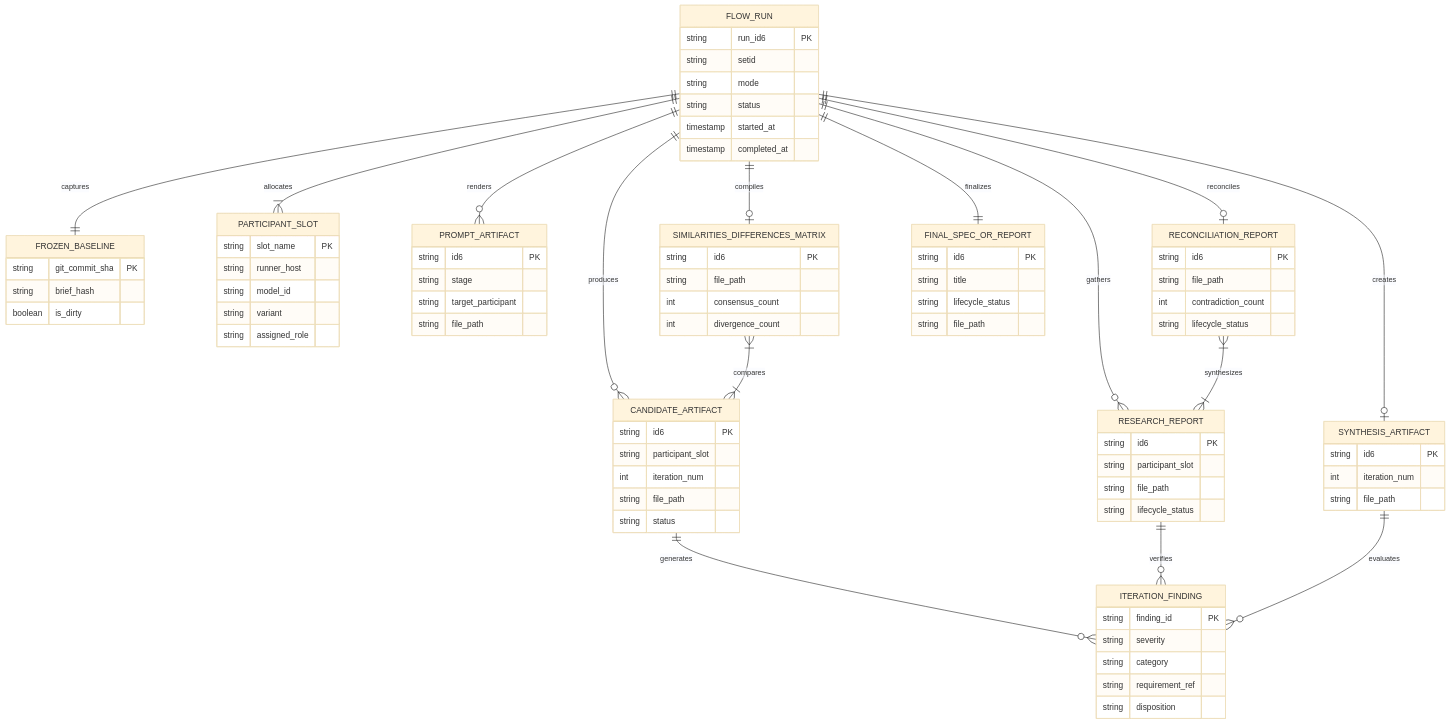
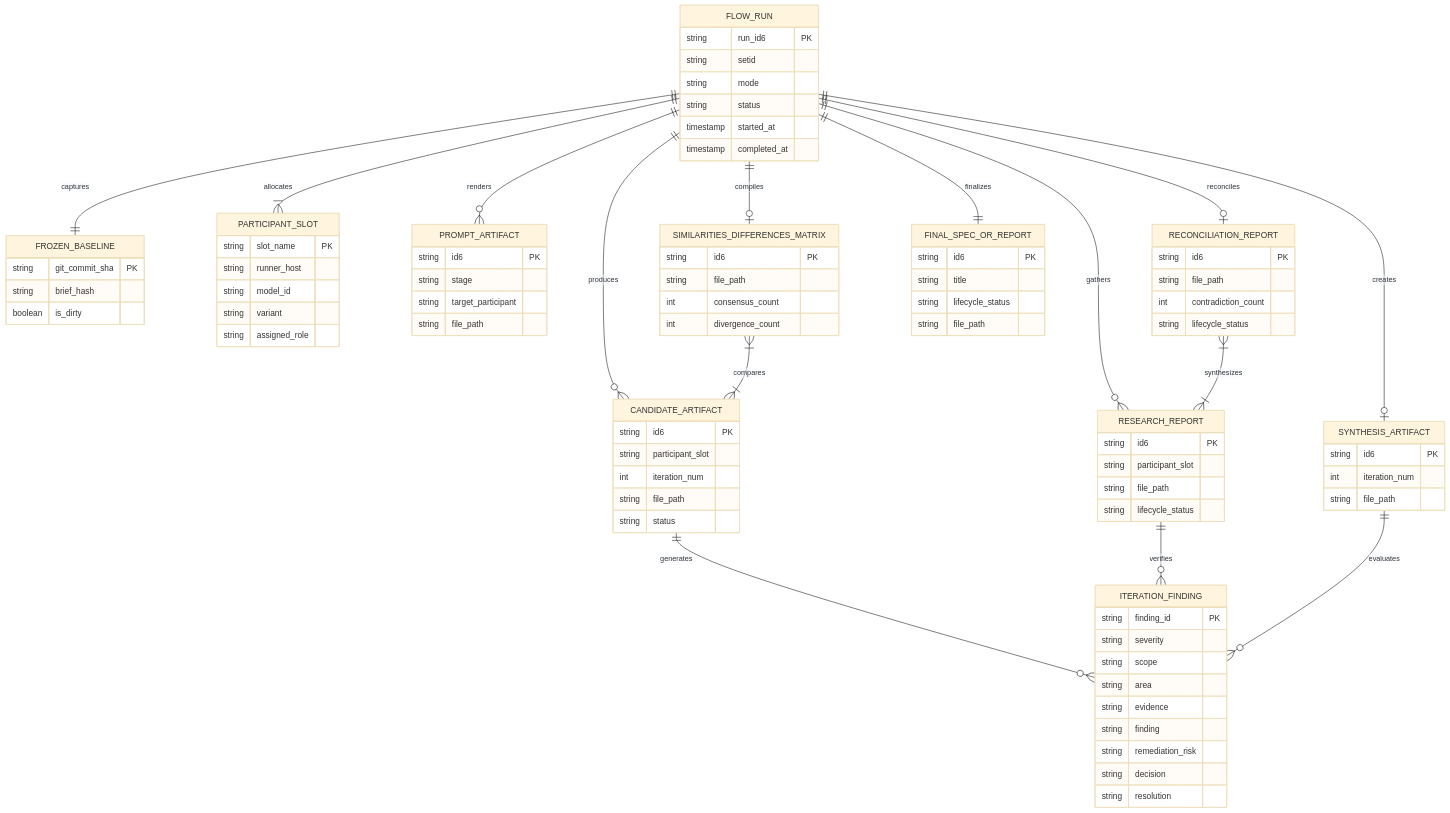
One commit to fariello/agent-workflows changed the first of 4 diagrams in .aw/records/specs/draft/20261024-specflow-01-18hh1u-spec-research-synthesis.spec.md. Above: the diagram before and after it, drawn with Mermaid (base theme). The commit also changed other lines of this file and 1 other file, not shown here.

```diff
--- a/.aw/records/specs/draft/20261024-specflow-01-18hh1u-spec-research-synthesis.spec.md
+++ b/.aw/records/specs/draft/20261024-specflow-01-18hh1u-spec-research-synthesis.spec.md
@@ -542,9 +553,13 @@
     ITERATION_FINDING {
         string finding_id PK
         string severity
-        string category
-        string requirement_ref
-        string disposition
+        string scope
+        string area
+        string evidence
+        string finding
+        string remediation_risk
+        string decision
+        string resolution
     }
 
     SIMILARITIES_DIFFERENCES_MATRIX {
```
